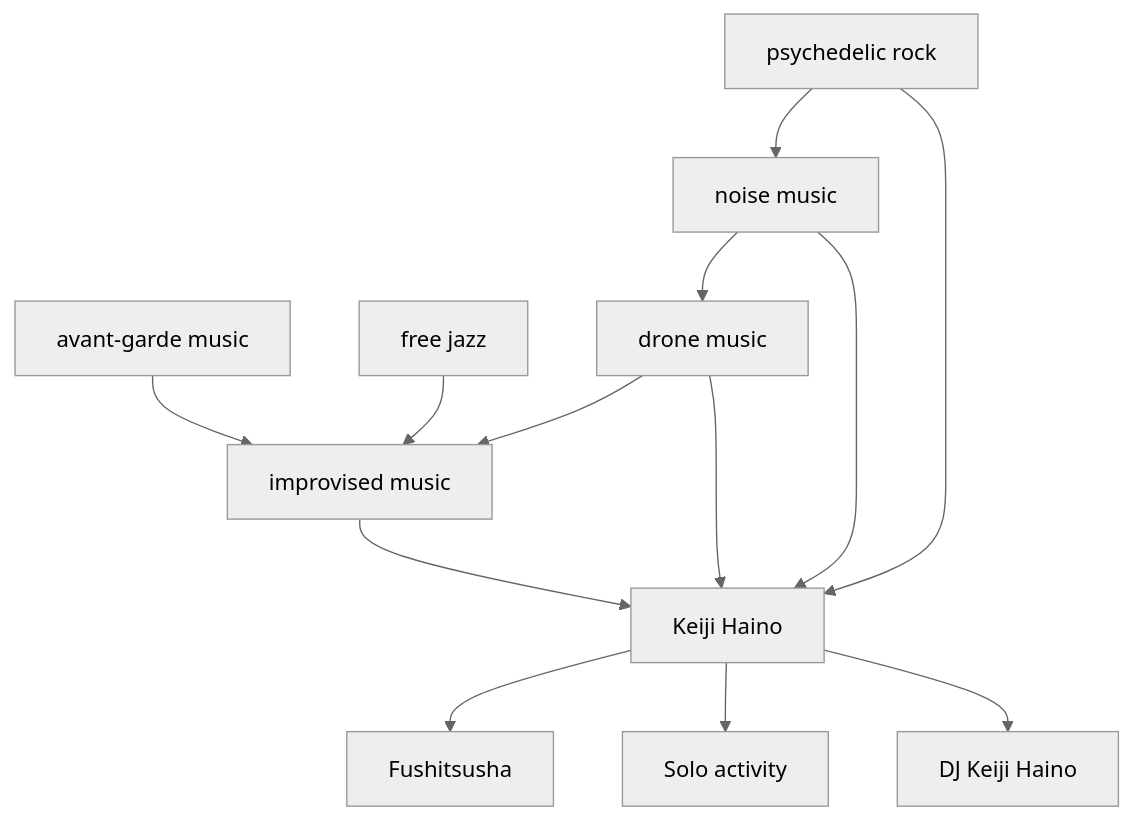
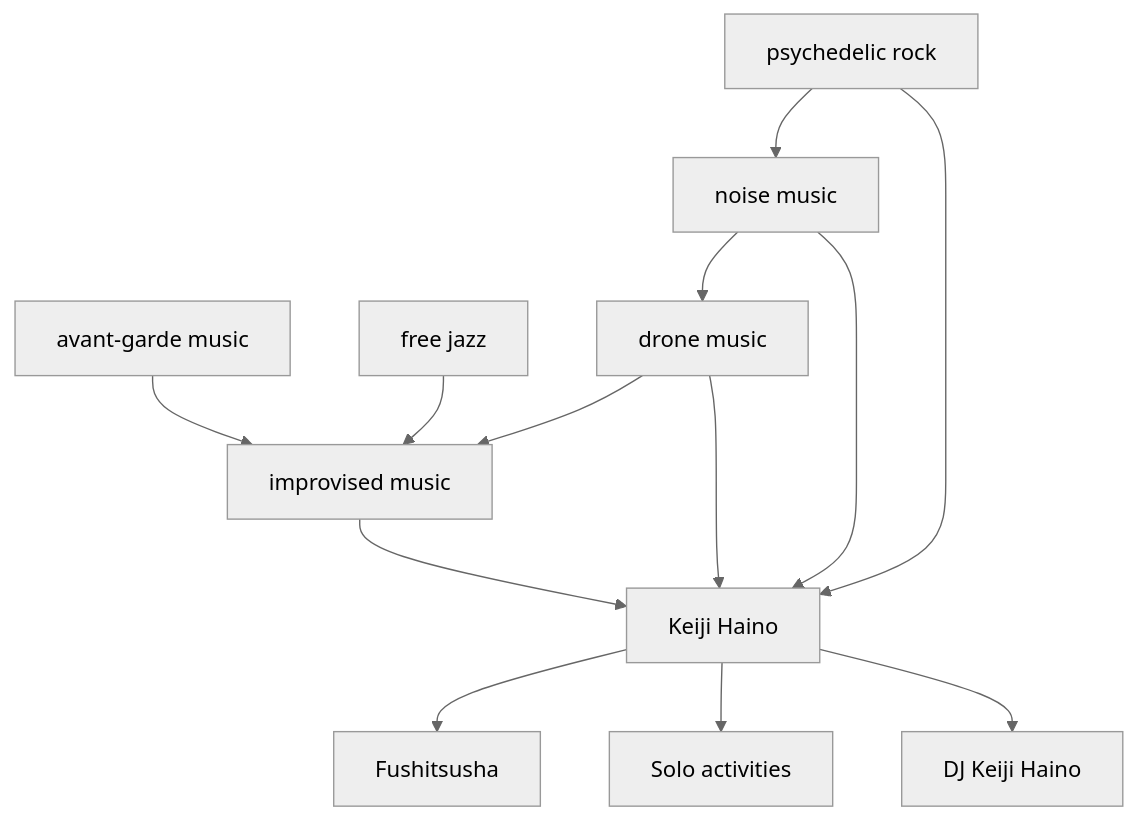
One commit to monumental-movement/monumental-movement.github.io changed the ninth of 9 diagrams in en/_posts/2026-03-06-column-keiji-haino.md. Above: the diagram before and after it, drawn with Mermaid (neutral theme). The commit also changed other lines of this file and 399 other files, not shown here.

```diff
--- a/en/_posts/2026-03-06-column-keiji-haino.md
+++ b/en/_posts/2026-03-06-column-keiji-haino.md
@@ -718,29 +718,29 @@
 <div class="mermaid">
 
 graph TD
 
 AvantGarde[avant-garde music]
 FreeJazz[free jazz]
 Noise[noise music]
 Drone[drone music]
 Psychedelic[psychedelic rock]
 Improvisation[improvised music]
 
 Haino[Keiji Haino]
 
 AvantGarde --> Improvisation
 FreeJazz --> Improvisation
 Noise --> Drone
 Drone --> Improvisation
 Psychedelic --> Noise
 
 Improvisation --> Haino
 Noise --> Haino
 Drone --> Haino
 Psychedelic --> Haino
 
 Haino --> Fushitsusha[Fushitsusha]
-Haino --> SoloWorks[Solo activity]
+Haino --> SoloWorks[Solo activities]
 Haino --> DJStyle[DJ Keiji Haino]
 
 </div>
```
